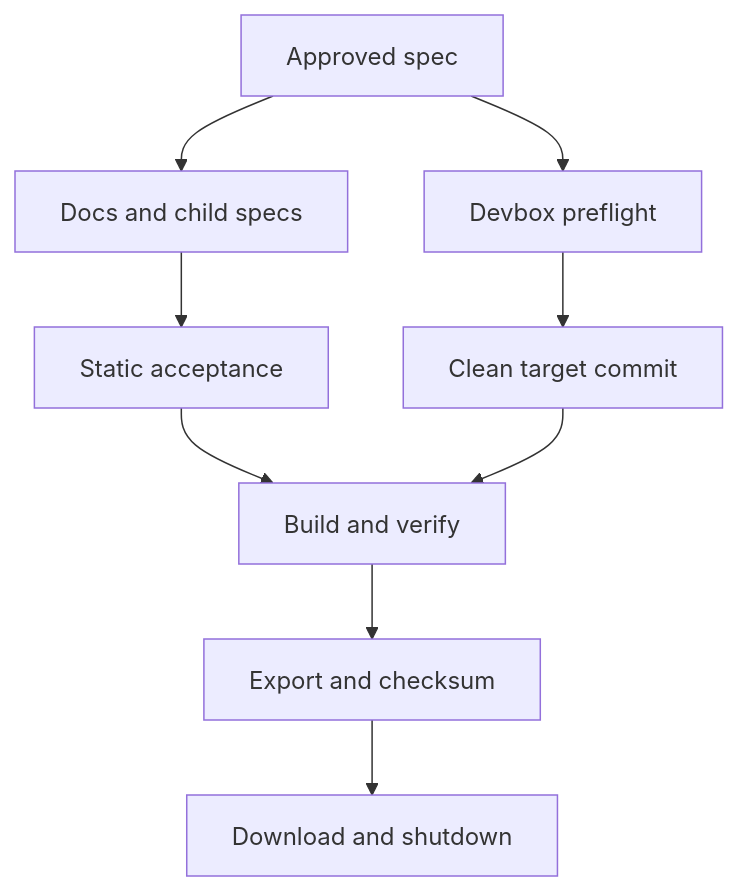
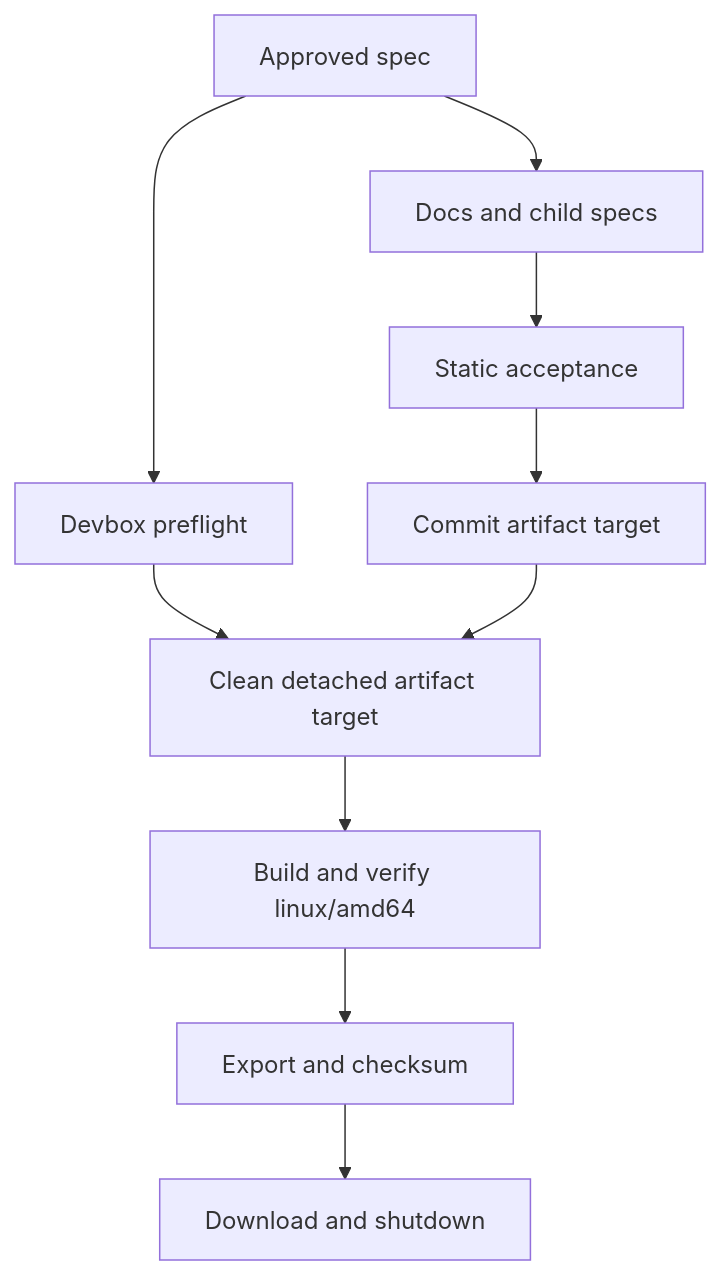
Before and after one commit to dagger/dagger: the diagram in .kiro/specs/rust-sdk-release-readiness/design.md, drawn with Mermaid. The commit also changed other lines of this file and 32 other files, not shown here.

````diff
--- a/.kiro/specs/rust-sdk-release-readiness/design.md
+++ b/.kiro/specs/rust-sdk-release-readiness/design.md
@@ -82,11 +87,12 @@
 ```mermaid
 flowchart TD
     A["Approved spec"] --> B["Docs and child specs"]
     A --> C["Devbox preflight"]
     B --> D["Static acceptance"]
-    C --> E["Clean target commit"]
-    D --> F["Build and verify"]
+    D --> E["Commit artifact target"]
+    C --> F["Clean detached artifact target"]
     E --> F
-    F --> G["Export and checksum"]
-    G --> H["Download and shutdown"]
+    F --> G["Build and verify linux/amd64"]
+    G --> H["Export and checksum"]
+    H --> I["Download and shutdown"]
 ```
````
